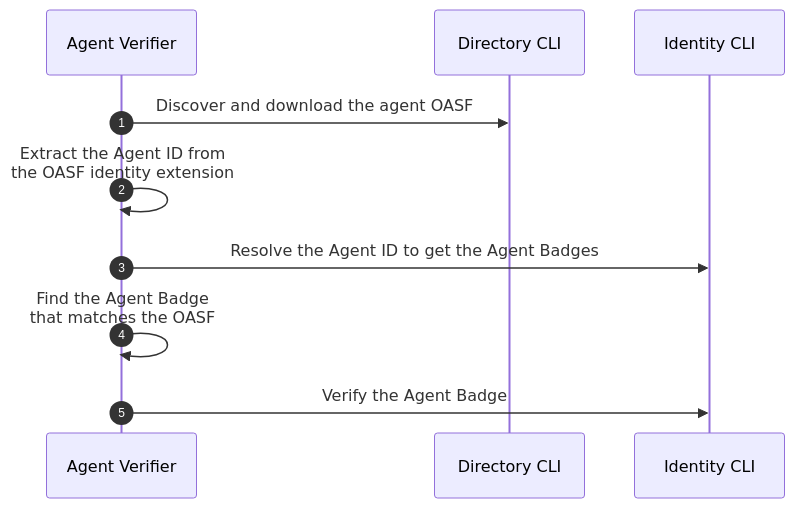
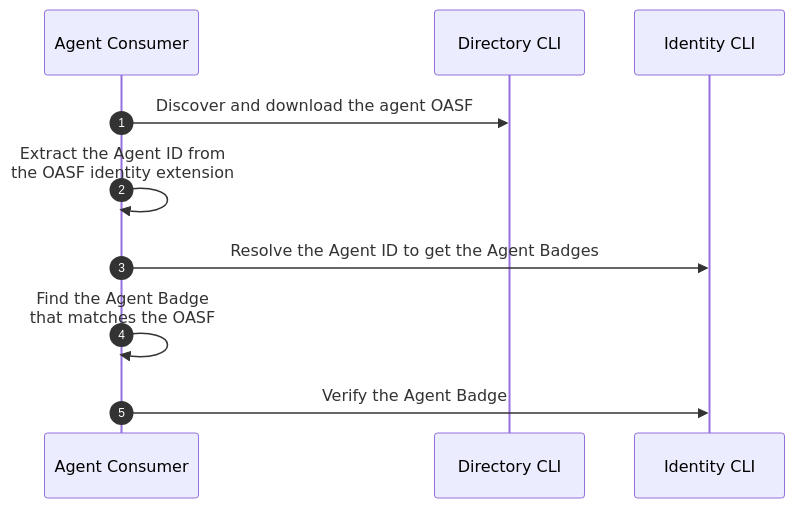
The third of 4 diagrams in docs-src/docs/specs/flows/agntcy_user.md (agntcy/identity-spec), drawn with Mermaid before and after one commit. The commit also changed other lines of this file, not shown here.

Commit message:
feat: Update diagrams to change verifier to consumer

````diff
--- a/docs-src/docs/specs/flows/agntcy_user.md
+++ b/docs-src/docs/specs/flows/agntcy_user.md
@@ -41,14 +41,14 @@
 ```mermaid
 sequenceDiagram
 autonumber
 
-Agent Verifier->>Directory CLI: Discover and download the agent OASF
+Agent Consumer->>Directory CLI: Discover and download the agent OASF
 
-Agent Verifier->>Agent Verifier: Extract the Agent ID from<br/>the OASF identity extension
+Agent Consumer->>Agent Consumer: Extract the Agent ID from<br/>the OASF identity extension
 
-Agent Verifier->>Identity CLI: Resolve the Agent ID to get the Agent Badges
+Agent Consumer->>Identity CLI: Resolve the Agent ID to get the Agent Badges
 
-Agent Verifier->>Agent Verifier: Find the Agent Badge<br/>that matches the OASF
+Agent Consumer->>Agent Consumer: Find the Agent Badge<br/>that matches the OASF
 
-Agent Verifier->>Identity CLI: Verify the Agent Badge
+Agent Consumer->>Identity CLI: Verify the Agent Badge
 ```
````
